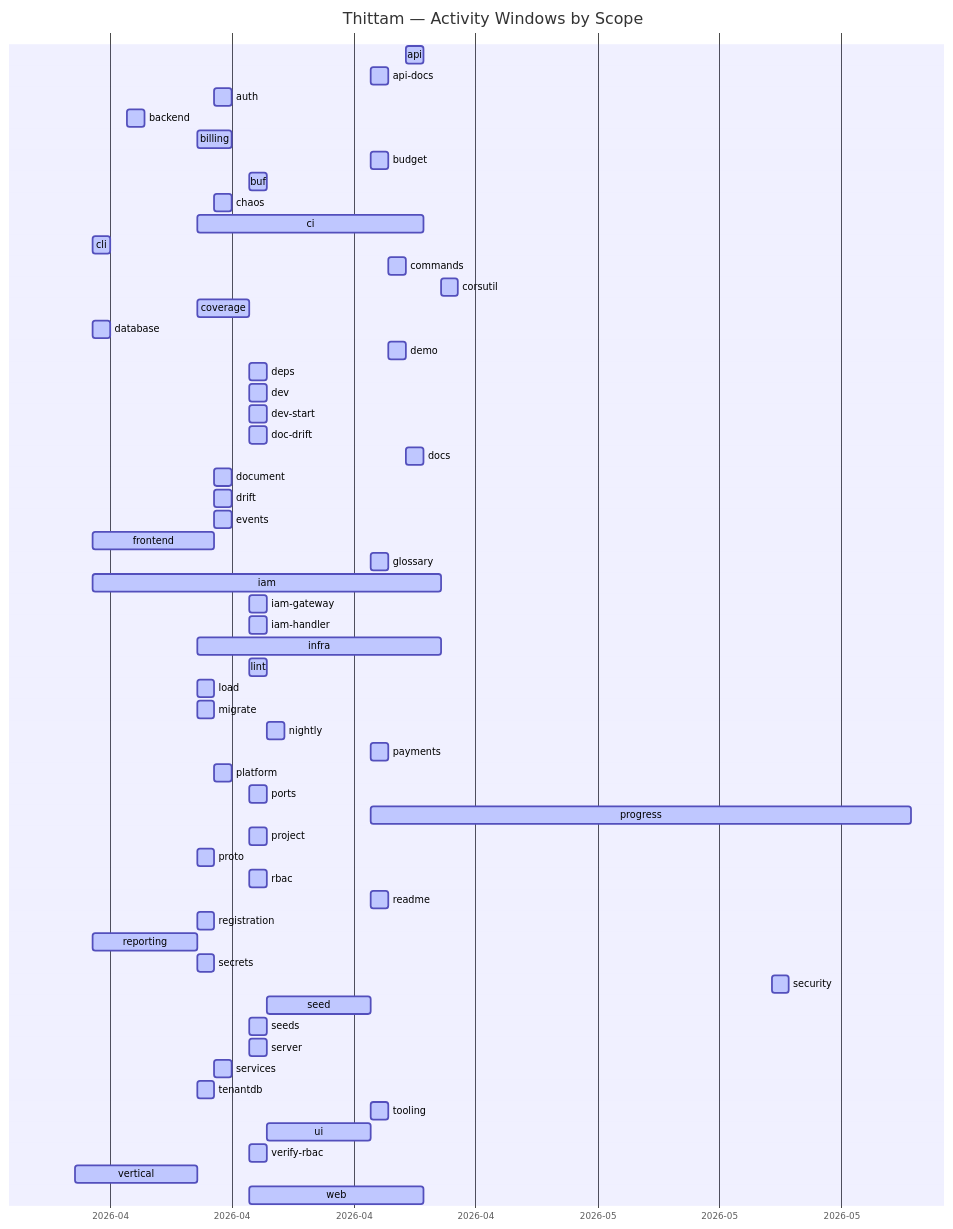
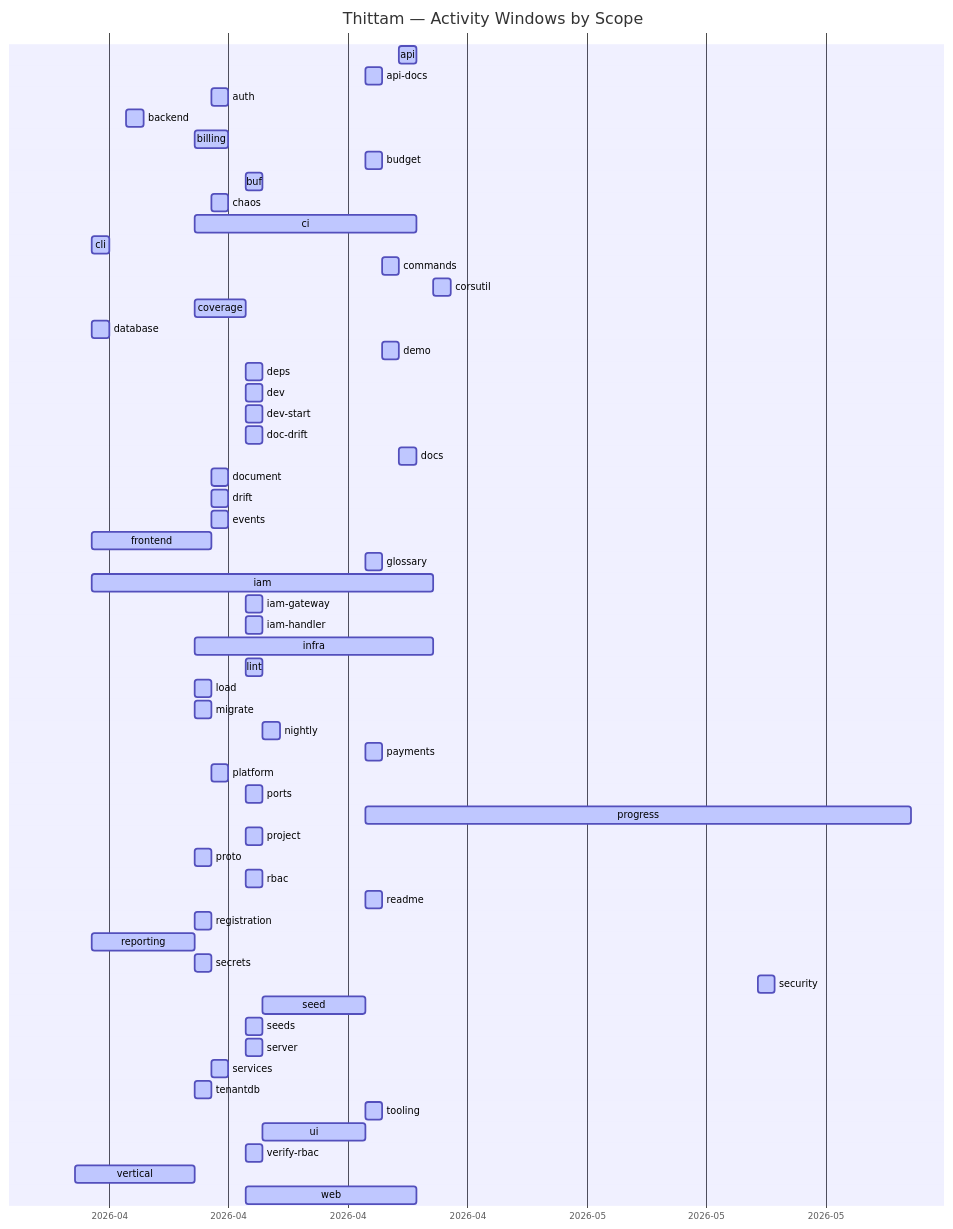
One commit to wegofwd2020-hub/thittam changed the diagram in docs/PROGRESS.md. Above: the diagram before and after it, drawn with Mermaid. The commit also changed other lines of this file and 1 other file, not shown here.

Commit message:
chore(progress): nightly update of docs/PROGRESS.md + CSVs

````diff
--- a/docs/PROGRESS.md
+++ b/docs/PROGRESS.md
@@ -9,61 +9,61 @@
 ```mermaid
 gantt
     title Thittam — Activity Windows by Scope
     dateFormat YYYY-MM-DD
     axisFormat %Y-%m
     api                :active, s_api, 2026-04-22, 2026-04-23
     api-docs           :active, s_api_docs, 2026-04-20, 2026-04-21
     auth               :active, s_auth, 2026-04-11, 2026-04-12
     backend            :active, s_backend, 2026-04-06, 2026-04-07
     billing            :active, s_billing, 2026-04-10, 2026-04-12
     budget             :active, s_budget, 2026-04-20, 2026-04-21
     buf                :active, s_buf, 2026-04-13, 2026-04-14
     chaos              :active, s_chaos, 2026-04-11, 2026-04-12
     ci                 :active, s_ci, 2026-04-10, 2026-04-23
     cli                :active, s_cli, 2026-04-04, 2026-04-05
     commands           :active, s_commands, 2026-04-21, 2026-04-22
     corsutil           :active, s_corsutil, 2026-04-24, 2026-04-25
     coverage           :active, s_coverage, 2026-04-10, 2026-04-13
     database           :active, s_database, 2026-04-04, 2026-04-05
     demo               :active, s_demo, 2026-04-21, 2026-04-22
     deps               :active, s_deps, 2026-04-13, 2026-04-14
     dev                :active, s_dev, 2026-04-13, 2026-04-14
     dev-start          :active, s_dev_start, 2026-04-13, 2026-04-14
     doc-drift          :active, s_doc_drift, 2026-04-13, 2026-04-14
     docs               :active, s_docs, 2026-04-22, 2026-04-23
     document           :active, s_document, 2026-04-11, 2026-04-12
     drift              :active, s_drift, 2026-04-11, 2026-04-12
     events             :active, s_events, 2026-04-11, 2026-04-12
     frontend           :active, s_frontend, 2026-04-04, 2026-04-11
     glossary           :active, s_glossary, 2026-04-20, 2026-04-21
     iam                :active, s_iam, 2026-04-04, 2026-04-24
     iam-gateway        :active, s_iam_gateway, 2026-04-13, 2026-04-14
     iam-handler        :active, s_iam_handler, 2026-04-13, 2026-04-14
     infra              :active, s_infra, 2026-04-10, 2026-04-24
     lint               :active, s_lint, 2026-04-13, 2026-04-14
     load               :active, s_load, 2026-04-10, 2026-04-11
     migrate            :active, s_migrate, 2026-04-10, 2026-04-11
     nightly            :active, s_nightly, 2026-04-14, 2026-04-15
     payments           :active, s_payments, 2026-04-20, 2026-04-21
     platform           :active, s_platform, 2026-04-11, 2026-04-12
     ports              :active, s_ports, 2026-04-13, 2026-04-14
-    progress           :active, s_progress, 2026-04-20, 2026-05-21
+    progress           :active, s_progress, 2026-04-20, 2026-05-22
     project            :active, s_project, 2026-04-13, 2026-04-14
     proto              :active, s_proto, 2026-04-10, 2026-04-11
     rbac               :active, s_rbac, 2026-04-13, 2026-04-14
     readme             :active, s_readme, 2026-04-20, 2026-04-21
     registration       :active, s_registration, 2026-04-10, 2026-04-11
     reporting          :active, s_reporting, 2026-04-04, 2026-04-10
     secrets            :active, s_secrets, 2026-04-10, 2026-04-11
     security           :active, s_security, 2026-05-13, 2026-05-14
     seed               :active, s_seed, 2026-04-14, 2026-04-20
     seeds              :active, s_seeds, 2026-04-13, 2026-04-14
     server             :active, s_server, 2026-04-13, 2026-04-14
     services           :active, s_services, 2026-04-11, 2026-04-12
     tenantdb           :active, s_tenantdb, 2026-04-10, 2026-04-11
     tooling            :active, s_tooling, 2026-04-20, 2026-04-21
     ui                 :active, s_ui, 2026-04-14, 2026-04-20
     verify-rbac        :active, s_verify_rbac, 2026-04-13, 2026-04-14
     vertical           :active, s_vertical, 2026-04-03, 2026-04-10
     web                :active, s_web, 2026-04-13, 2026-04-23
 ```
````
